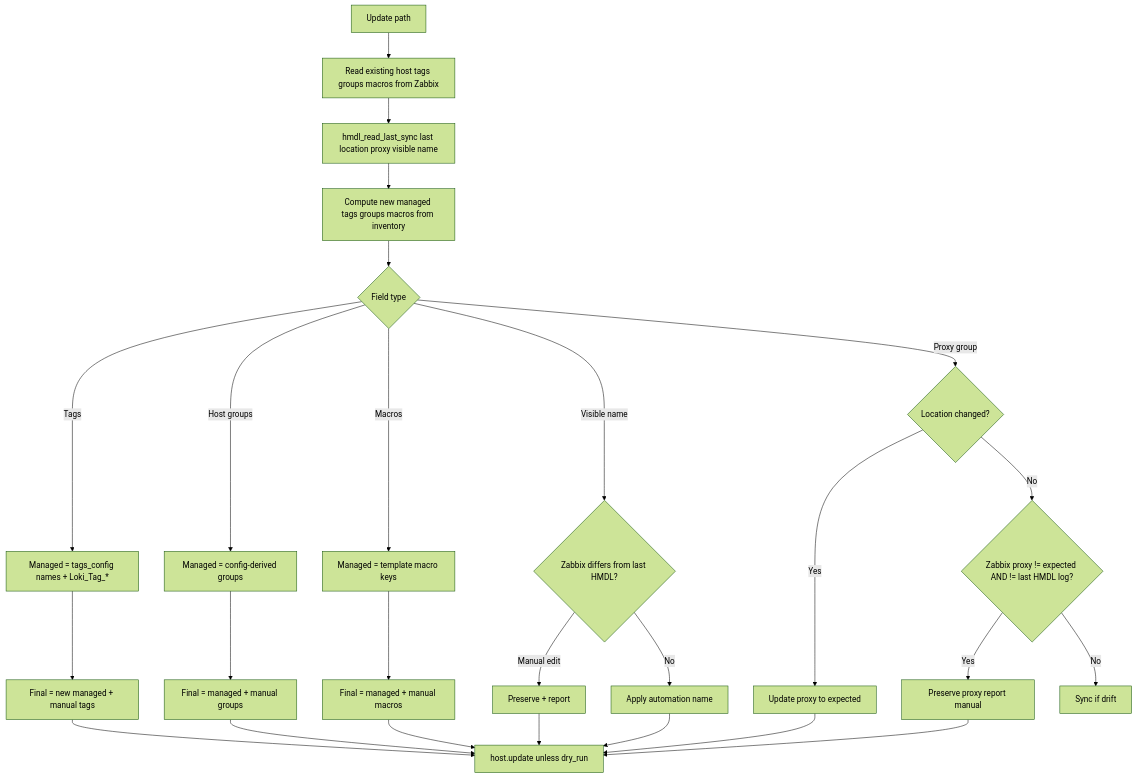
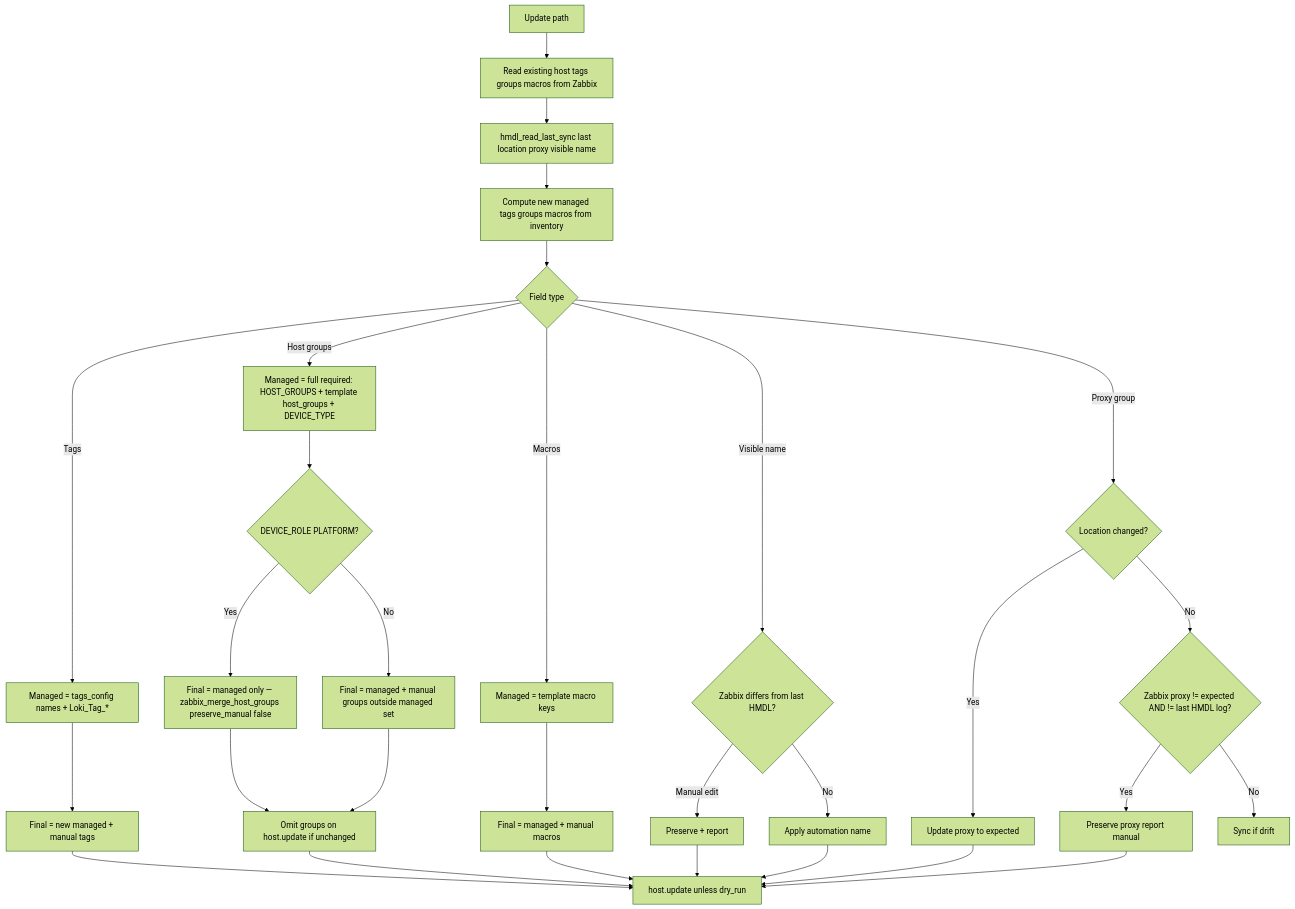
One commit to Duosis-Developer-Team/project-zabake changed the fourth of 5 diagrams in zabbix-netbox/docs/design/SYNC_DATA_FLOW.md. Above: the diagram before and after it, drawn with Mermaid (forest theme). The commit also changed 5 other files, not shown here.

Commit message:
host group merge fix

````diff
--- a/zabbix-netbox/docs/design/SYNC_DATA_FLOW.md
+++ b/zabbix-netbox/docs/design/SYNC_DATA_FLOW.md
@@ -179,28 +179,32 @@
 ```mermaid
 flowchart TD
     Start[Update path] --> LoadZbx[Read existing host tags groups macros from Zabbix]
     LoadZbx --> LoadHMDL[hmdl_read_last_sync last location proxy visible name]
     LoadHMDL --> Calc[Compute new managed tags groups macros from inventory]
     Calc --> Split{Field type}
 
     Split -->|Tags| TM[Managed = tags_config names + Loki_Tag_*]
     TM --> TM2[Final = new managed + manual tags]
 
-    Split -->|Host groups| GM[Managed = config-derived groups]
-    GM --> GM2[Final = managed + manual groups]
+    Split -->|Host groups| GM[Managed = full required: HOST_GROUPS + template host_groups + DEVICE_TYPE]
+    GM --> GM2{DEVICE_ROLE PLATFORM?}
+    GM2 -->|Yes| GM3[Final = managed only — zabbix_merge_host_groups preserve_manual false]
+    GM2 -->|No| GM4[Final = managed + manual groups outside managed set]
+    GM3 --> GM5[Omit groups on host.update if unchanged]
+    GM4 --> GM5
 
     Split -->|Macros| MM[Managed = template macro keys]
     MM --> MM2[Final = managed + manual macros]
 
     Split -->|Visible name| VN{Zabbix differs from last HMDL?}
     VN -->|Manual edit| VNP[Preserve + report]
     VN -->|No| VNU[Apply automation name]
 
     Split -->|Proxy group| PG{Location changed?}
     PG -->|Yes| PGU[Update proxy to expected]
     PG -->|No| PGM{Zabbix proxy != expected AND != last HMDL log?}
     PGM -->|Yes| PGK[Preserve proxy report manual]
     PGM -->|No| PGU2[Sync if drift]
 
-    TM2 & GM2 & MM2 & VNP & VNU & PGU & PGK --> API[host.update unless dry_run]
+    TM2 & GM5 & MM2 & VNP & VNU & PGU & PGK --> API[host.update unless dry_run]
 ```
````
